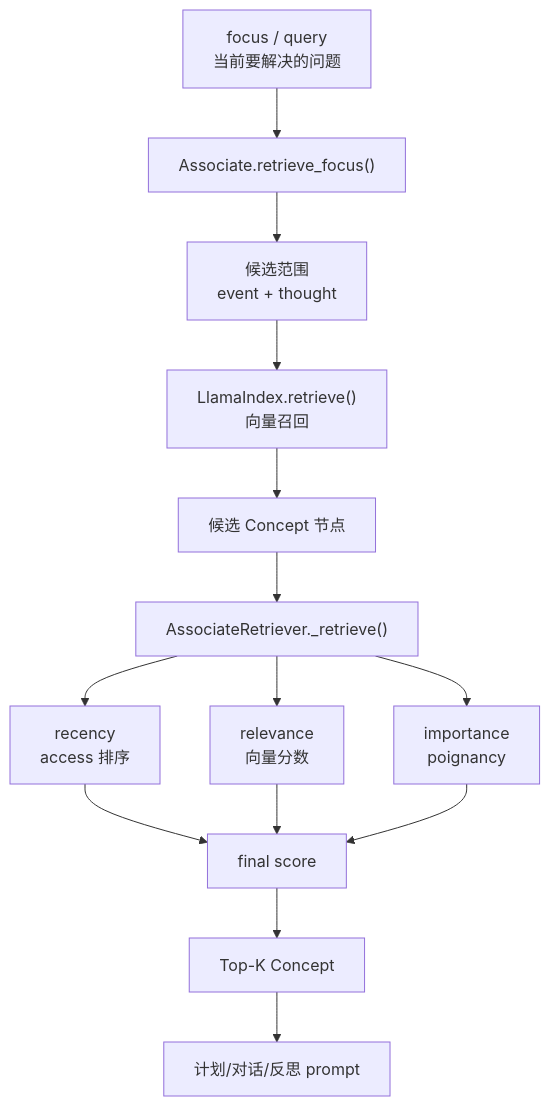
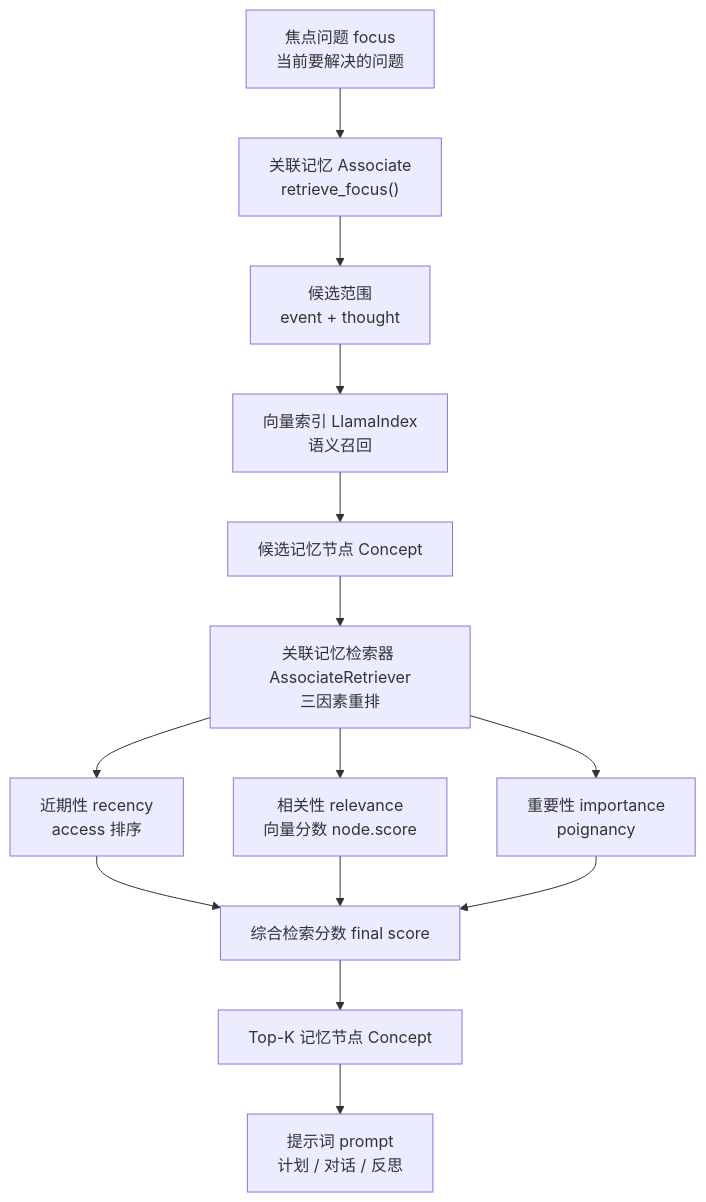
Before and after one commit to tbkken/GenerativeAgentsCN: the second of 2 diagrams in docs/book/manuscript/part_01/chapter_06.md, drawn with Mermaid. The commit also changed other lines of this file and 16 other files, not shown here.

````diff
--- a/docs/book/manuscript/part_01/chapter_06.md
+++ b/docs/book/manuscript/part_01/chapter_06.md
@@ -110,16 +150,16 @@
 ```mermaid
 flowchart TD
-    Focus["focus / query<br/>当前要解决的问题"] --> Associate["Associate.retrieve_focus()"]
-    Associate --> NodeIDs["候选范围<br/>event + thought"]
-    NodeIDs --> Llama["LlamaIndex.retrieve()<br/>向量召回"]
-    Llama --> Candidates["候选 Concept 节点"]
-    Candidates --> Retriever["AssociateRetriever._retrieve()"]
-    Retriever --> R1["recency<br/>access 排序"]
-    Retriever --> R2["relevance<br/>向量分数"]
-    Retriever --> R3["importance<br/>poignancy"]
-    R1 --> Final["final score"]
+    Focus["焦点问题 focus<br/>当前要解决的问题"] --> Associate["关联记忆 Associate<br/>retrieve_focus()"]
+    Associate --> Scope["候选范围<br/>event + thought"]
+    Scope --> Llama["向量索引 LlamaIndex<br/>语义召回"]
+    Llama --> Candidates["候选记忆节点 Concept"]
+    Candidates --> Retriever["关联记忆检索器 AssociateRetriever<br/>三因素重排"]
+    Retriever --> R1["近期性 recency<br/>access 排序"]
+    Retriever --> R2["相关性 relevance<br/>向量分数 node.score"]
+    Retriever --> R3["重要性 importance<br/>poignancy"]
+    R1 --> Final["综合检索分数 final score"]
     R2 --> Final
     R3 --> Final
-    Final --> TopK["Top-K Concept"]
-    TopK --> Prompt["计划/对话/反思 prompt"]
+    Final --> TopK["Top-K 记忆节点 Concept"]
+    TopK --> Prompt["提示词 prompt<br/>计划 / 对话 / 反思"]
 ```
````
